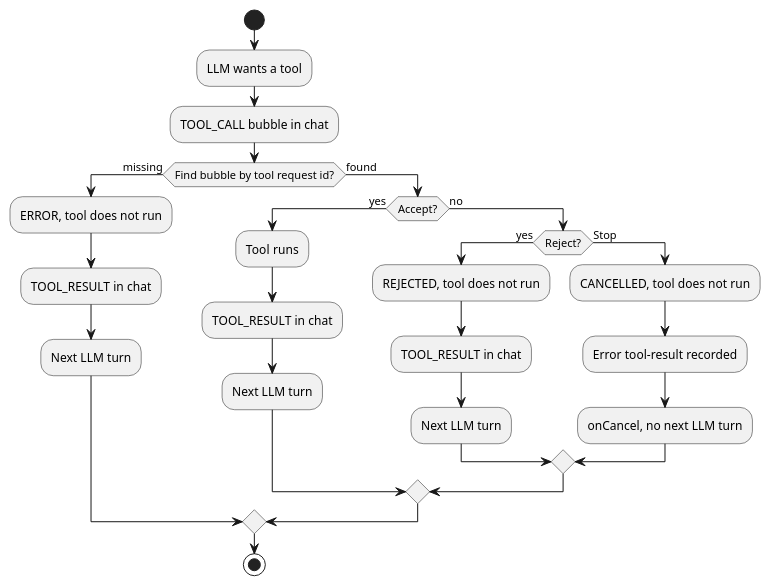
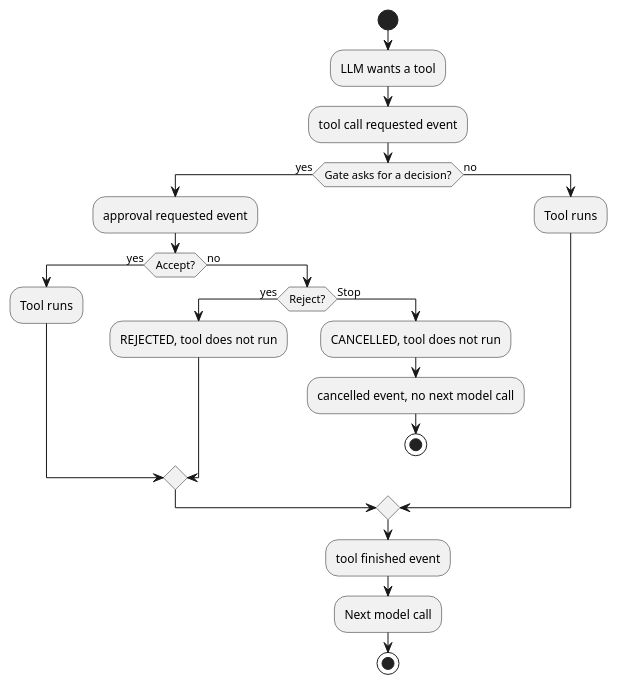
The second of 2 diagrams in docs/tools/tool-approval.adoc (przemSzer/Desktop-LLM-Client), drawn with PlantUML before and after one commit. The commit also changed other lines of this file and 25 other files, not shown here.

Commit message:
documentation for tools approval and for new architecture

```diff
--- a/docs/tools/tool-approval.adoc
+++ b/docs/tools/tool-approval.adoc
@@ -174,30 +100,27 @@
 [plantuml]
 ----
 @startuml
 start
 :LLM wants a tool;
-:TOOL_CALL bubble in chat;
-if (Find bubble by tool request id?) then (missing)
-  :ERROR, tool does not run;
-  :TOOL_RESULT in chat;
-  :Next LLM turn;
-else (found)
+:tool call requested event;
+if (Gate asks for a decision?) then (yes)
+  :approval requested event;
   if (Accept?) then (yes)
     :Tool runs;
-    :TOOL_RESULT in chat;
-    :Next LLM turn;
   else (no)
     if (Reject?) then (yes)
       :REJECTED, tool does not run;
-      :TOOL_RESULT in chat;
-      :Next LLM turn;
     else (Stop)
       :CANCELLED, tool does not run;
-      :Error tool-result recorded;
-      :onCancel, no next LLM turn;
+      :cancelled event, no next model call;
+      stop
     endif
   endif
+else (no)
+  :Tool runs;
 endif
+:tool finished event;
+:Next model call;
 stop
 @enduml
 ----
```
